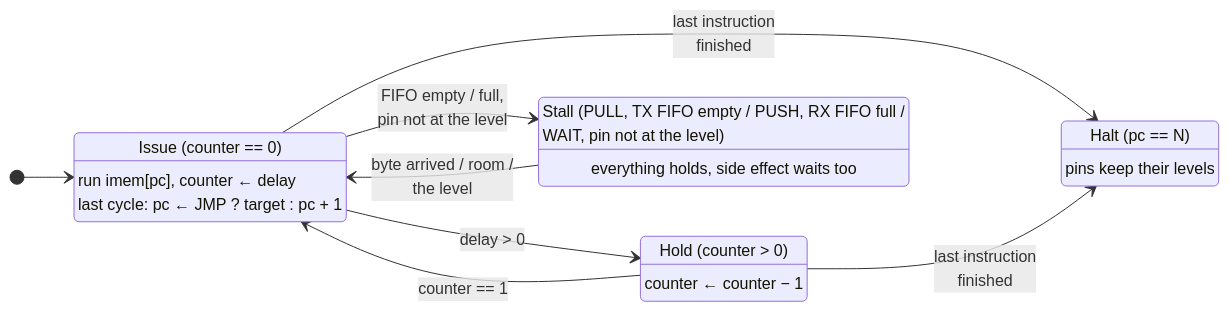
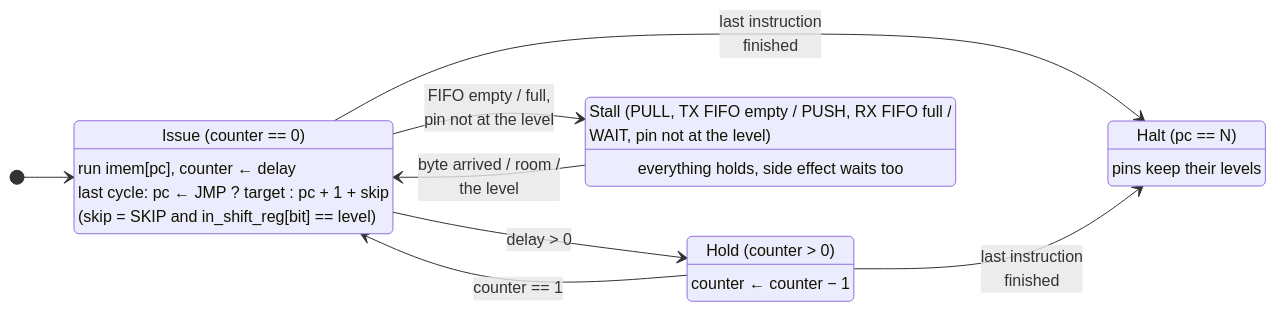
The diagram in docs/states.mmd (cshieldsce/smallcore), drawn with Mermaid before and after one commit. The commit also changed 11 other files, not shown here.

Commit message:
update diagrams for open drain pins, the config fields and skip

```diff
--- a/docs/states.mmd
+++ b/docs/states.mmd
@@ -1,25 +1,26 @@
 %% What the control block does each cycle. Not a separate state register:
-%% each state is read off counter, pc, tx_empty, rx_full and gpio_in.
+%% each state is read off counter, pc, tx_empty, rx_full, gpio_in and, for SKIP, in_shift_reg.
 stateDiagram-v2
   direction LR
   [*] --> Issue
 
   Issue : Issue (counter == 0)
   Issue : run imem[pc], counter ← delay
-  Issue : last cycle: pc ← JMP ? target : pc + 1
+  Issue : last cycle: pc ← JMP ? target : pc + 1 + skip
+  Issue : (skip = SKIP and in_shift_reg[bit] == level)
 
   Hold : Hold (counter > 0)
   Hold : counter ← counter − 1
 
   Stall : Stall (PULL, TX FIFO empty / PUSH, RX FIFO full /<br/>WAIT, pin not at the level)
   Stall : everything holds, side effect waits too
 
   Halt : Halt (pc == N)
   Halt : pins keep their levels
 
   Issue --> Hold : delay > 0
   Hold --> Issue : counter == 1
   Issue --> Stall : FIFO empty / full,<br/>pin not at the level
   Stall --> Issue : byte arrived / room /<br/>the level
   Issue --> Halt : last instruction<br/>finished
   Hold --> Halt : last instruction<br/>finished
```
